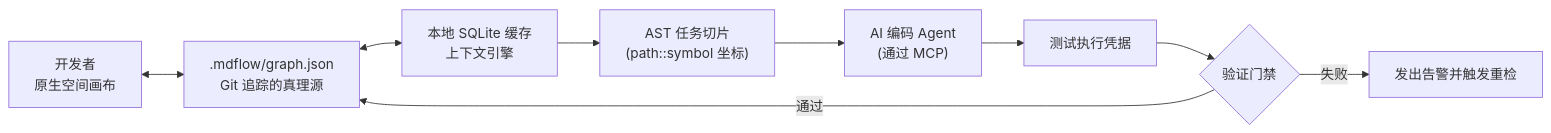
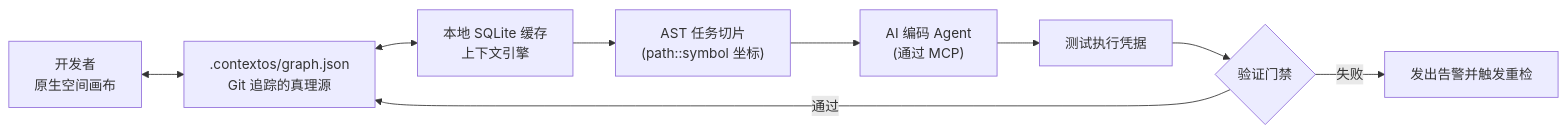
The diagram in README_zh.md (yubinbin32-ops/Mdflow), drawn with Mermaid before and after one commit. The commit also changed other lines of this file and 72 other files, not shown here.

````diff
--- a/README_zh.md
+++ b/README_zh.md
@@ -118,11 +118,11 @@
 ```mermaid
 flowchart LR
-  Human["开发者\n原生空间画布"] <--> Plaintext[".mdflow/graph.json\nGit 追踪的真理源"]
+  Human["开发者\n原生空间画布"] <--> Plaintext[".contextos/graph.json\nGit 追踪的真理源"]
   Plaintext <--> Engine["本地 SQLite 缓存\n上下文引擎"]
   Engine --> Slice["AST 任务切片\n(path::symbol 坐标)"]
   Slice --> Agent["AI 编码 Agent\n(通过 MCP)"]
   Agent --> Evidence["测试执行凭据"]
   Evidence --> Gate{"验证门禁"}
   Gate -->|通过| Plaintext
   Gate -->|失败| Alert["发出告警并触发重检"]
 ```
````
